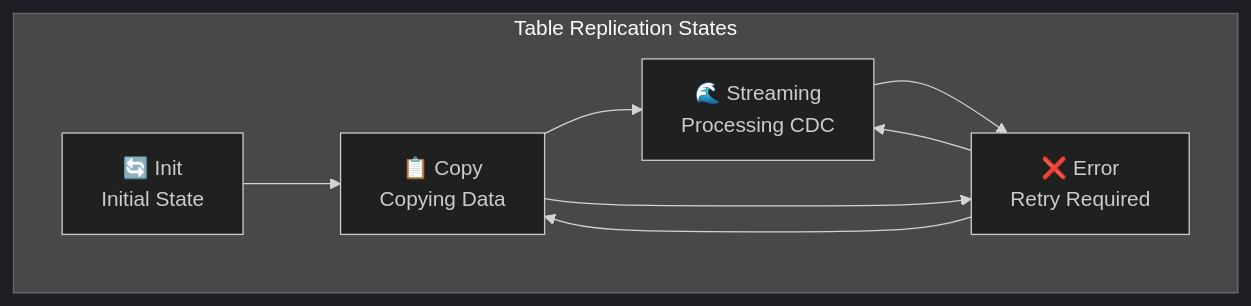
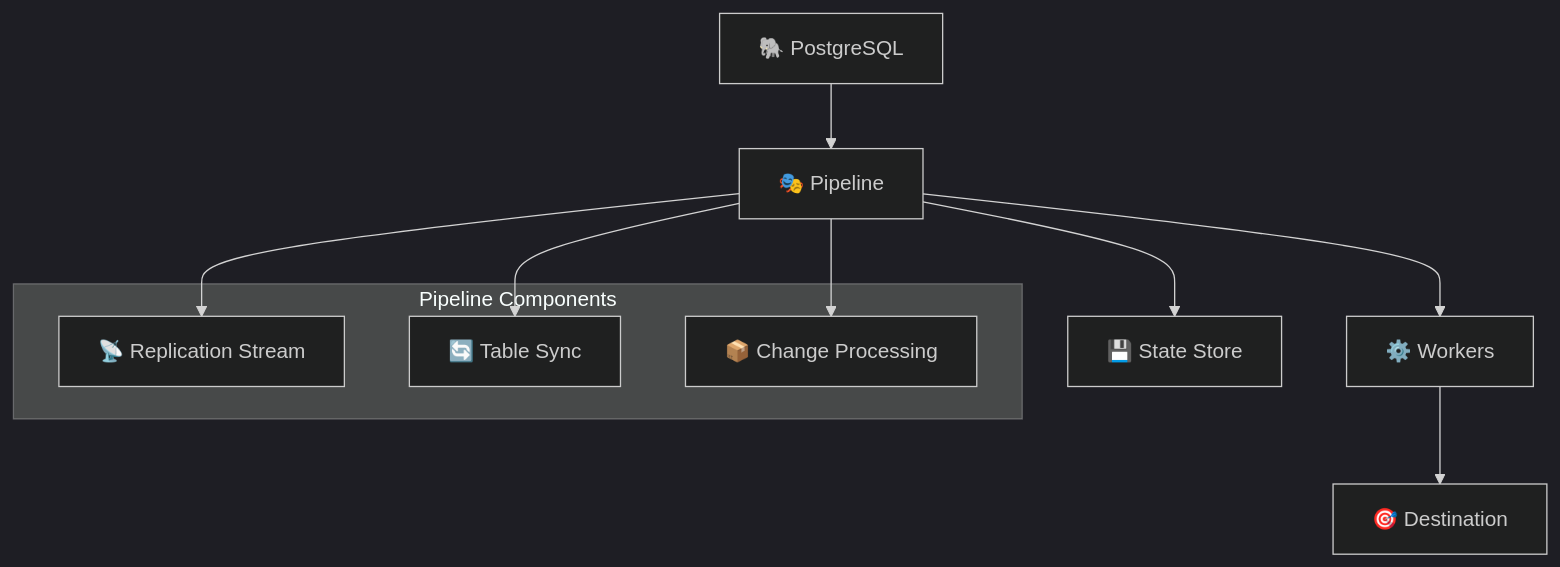
Before and after one commit to supabase/etl: the diagram in etl/README.md, drawn with Mermaid (dark theme). The commit also changed other lines of this file, not shown here.

````diff
--- a/etl/README.md
+++ b/etl/README.md
@@ -113,16 +17,17 @@
 ```mermaid
 graph TB
-    subgraph "Table Replication States"
-        Init["🔄 Init<br/>Initial State"]
-        Copy["📋 Copy<br/>Copying Data"]
-        Stream["🌊 Streaming<br/>Processing CDC"]
-        Error["❌ Error<br/>Retry Required"]
+    PostgreSQL["🐘 PostgreSQL"] --> Pipeline["🎭 Pipeline"]
+    Pipeline --> Workers["⚙️ Workers"]
+    Pipeline --> State["💾 State Store"]
+    Workers --> Destination["🎯 Destination"]
+    
+    subgraph "Pipeline Components"
+        ReplicationStream["📡 Replication Stream"]
+        TableSync["🔄 Table Sync"]
+        CDC["📦 Change Processing"]
     end
     
-    Init --> Copy
-    Copy --> Stream
-    Copy --> Error
-    Error --> Copy
-    Stream --> Error
-    Error --> Stream
+    Pipeline --> ReplicationStream
+    Pipeline --> TableSync  
+    Pipeline --> CDC
 ```
````
